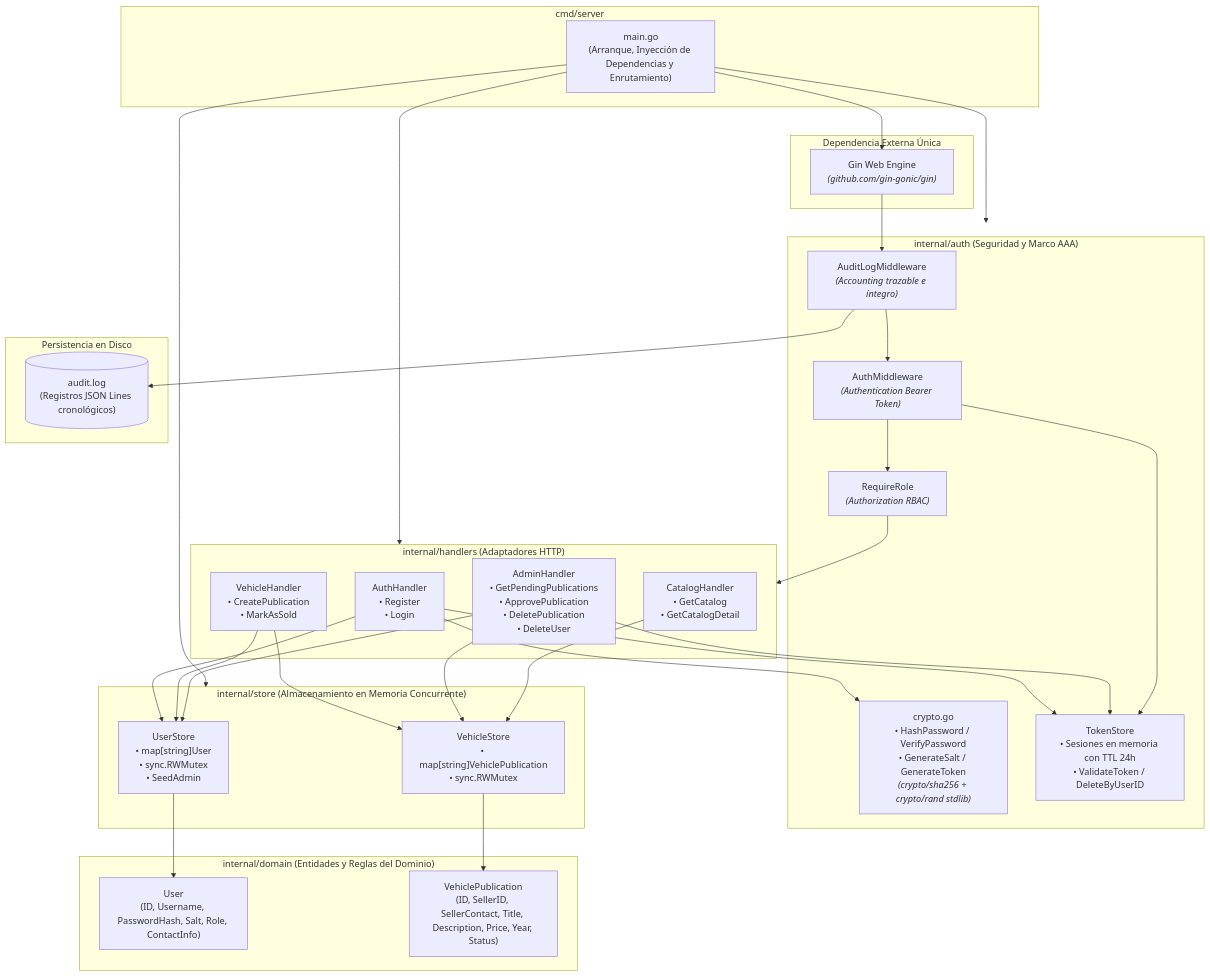
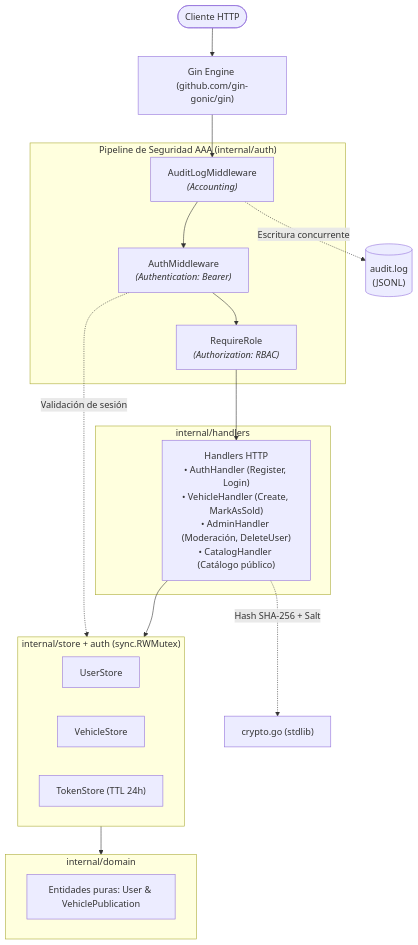
Before and after one commit to Nomka0/AutoMarket: the first of 2 diagrams in docs/DIAGRAMAS_ARQUITECTURA.md, drawn with Mermaid. The commit also changed other lines of this file, not shown here.

Commit message:
docs: compactar diagramas de estructura y secuencia AAA para facilitar lectura e inclusion en informe

````diff
--- a/docs/DIAGRAMAS_ARQUITECTURA.md
+++ b/docs/DIAGRAMAS_ARQUITECTURA.md
@@ -13,72 +11,36 @@
 ```mermaid
 flowchart TD
-    subgraph CMD["cmd/server"]
-        Main["main.go<br/>(Arranque, Inyección de Dependencias y Enrutamiento)"]
+    Client(["Cliente HTTP"]) --> Gin["Gin Engine (github.com/gin-gonic/gin)"]
+
+    subgraph Pipeline["Pipeline de Seguridad AAA (internal/auth)"]
+        Audit["AuditLogMiddleware<br/><i>(Accounting)</i>"]
+        Auth["AuthMiddleware<br/><i>(Authentication: Bearer)</i>"]
+        RBAC["RequireRole<br/><i>(Authorization: RBAC)</i>"]
+        Audit --> Auth --> RBAC
     end
 
-    subgraph Framework["Dependencia Externa Única"]
-        Gin["Gin Web Engine<br/><i>(github.com/gin-gonic/gin)</i>"]
+    subgraph Handlers["internal/handlers"]
+        H["Handlers HTTP<br/>• AuthHandler (Register, Login)<br/>• VehicleHandler (Create, MarkAsSold)<br/>• AdminHandler (Moderación, DeleteUser)<br/>• CatalogHandler (Catálogo público)"]
     end
 
-    subgraph Handlers["internal/handlers (Adaptadores HTTP)"]
-        AuthH["AuthHandler<br/>• Register<br/>• Login"]
-        VehH["VehicleHandler<br/>• CreatePublication<br/>• MarkAsSold"]
-        AdminH["AdminHandler<br/>• GetPendingPublications<br/>• ApprovePublication<br/>• DeletePublication<br/>• DeleteUser"]
-        CatH["CatalogHandler<br/>• GetCatalog<br/>• GetCatalogDetail"]
+    subgraph Stores["internal/store + auth (sync.RWMutex)"]
+        direction LR
+        US["UserStore"]
+        VS["VehicleStore"]
+        TS["TokenStore (TTL 24h)"]
     end
 
-    subgraph Auth["internal/auth (Seguridad y Marco AAA)"]
-        Crypto["crypto.go<br/>• HashPassword / VerifyPassword<br/>• GenerateSalt / GenerateToken<br/><i>(crypto/sha256 + crypto/rand stdlib)</i>"]
-        TokStore["TokenStore<br/>• Sesiones en memoria con TTL 24h<br/>• ValidateToken / DeleteByUserID"]
-        AuditLogMid["AuditLogMiddleware<br/><i>(Accounting trazable e íntegro)</i>"]
-        AuthMid["AuthMiddleware<br/><i>(Authentication Bearer Token)</i>"]
-        RoleMid["RequireRole<br/><i>(Authorization RBAC)</i>"]
+    subgraph Domain["internal/domain"]
+        D["Entidades puras: User & VehiclePublication"]
     end
 
-    subgraph Storage["internal/store (Almacenamiento en Memoria Concurrente)"]
-        UStore["UserStore<br/>• map[string]User<br/>• sync.RWMutex<br/>• SeedAdmin"]
-        VStore["VehicleStore<br/>• map[string]VehiclePublication<br/>• sync.RWMutex"]
-    end
+    Log[("audit.log<br/>(JSONL)")]
 
-    subgraph Domain["internal/domain (Entidades y Reglas del Dominio)"]
-        UserDom["User<br/>(ID, Username, PasswordHash, Salt, Role, ContactInfo)"]
-        VehDom["VehiclePublication<br/>(ID, SellerID, SellerContact, Title, Description, Price, Year, Status)"]
-    end
-
-    subgraph Filesystem["Persistencia en Disco"]
-        AuditFile[("audit.log<br/>(Registros JSON Lines cronológicos)")]
-    end
-
-    %% Relaciones de inicialización
-    Main --> Gin
-    Main --> Auth
-    Main --> Handlers
-    Main --> Storage
-
-    %% Pipeline de ejecución HTTP
-    Gin --> AuditLogMid
-    AuditLogMid --> AuthMid
-    AuthMid --> RoleMid
-    RoleMid --> Handlers
-
-    %% Dependencias de Handlers
-    AuthH --> TokStore
-    AuthH --> UStore
-    AuthH --> Crypto
-
-    VehH --> VStore
-    VehH --> UStore
-
-    AdminH --> VStore
-    AdminH --> UStore
-    AdminH --> TokStore
-
-    CatH --> VStore
-
-    %% Dependencias de Seguridad y Dominio
-    AuthMid --> TokStore
-    AuditLogMid --> AuditFile
-
-    UStore --> UserDom
-    VStore --> VehDom
+    Gin --> Audit
+    RBAC --> H
+    H --> Stores
+    Stores --> Domain
+    Audit -.->|Escritura concurrente| Log
+    Auth -.->|Validación de sesión| TS
+    H -.->|Hash SHA-256 + Salt| Crypto["crypto.go (stdlib)"]
 ```
````
